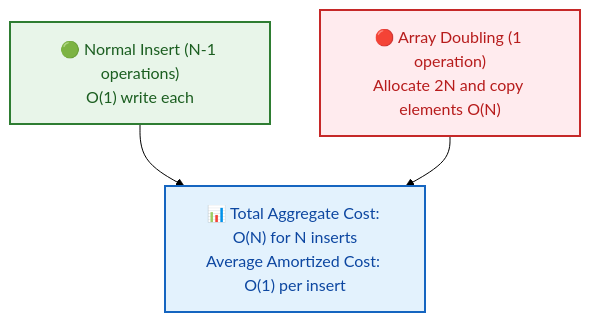
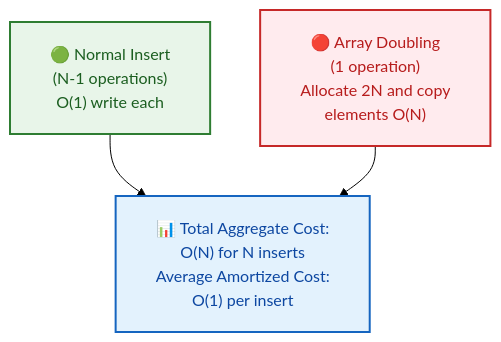
The first of 5 diagrams in week_02_foundations_ii_linear_data_structures/Week_02_Visual_Concepts_Playbook_HYBRID.md (dip4k/DSA_102), drawn with Mermaid (forest theme) before and after one commit. The commit also changed other lines of this file and 108 other files, not shown here.

First line of the commit message:
fix(mermaid): resolve diagram clipping, padding, and syntax issues across repo

````diff
--- a/week_02_foundations_ii_linear_data_structures/Week_02_Visual_Concepts_Playbook_HYBRID.md
+++ b/week_02_foundations_ii_linear_data_structures/Week_02_Visual_Concepts_Playbook_HYBRID.md
@@ -133,13 +133,14 @@
 ```mermaid
+%%{init: {"flowchart": {"htmlLabels": true, "padding": 20}}}%%
 flowchart TD
     classDef cheap fill:#e8f5e9,stroke:#2e7d32,stroke-width:2px,color:#1b5e20
     classDef resize fill:#ffebee,stroke:#c62828,stroke-width:2px,color:#b71c1c
     classDef total fill:#e3f2fd,stroke:#1565c0,stroke-width:2px,color:#0d47a1
 
-    N1["🟢 Normal Insert (N-1 operations)<br/>O(1) write each"]:::cheap
-    N2["🔴 Array Doubling (1 operation)<br/>Allocate 2N and copy elements O(N)"]:::resize
-    TOT["📊 Total Aggregate Cost: O(N) for N inserts<br/>Average Amortized Cost: O(1) per insert"]:::total
+    N1["🟢 Normal Insert<br/>(N-1 operations)<br/>O(1) write each"]:::cheap
+    N2["🔴 Array Doubling<br/>(1 operation)<br/>Allocate 2N and copy<br/>elements O(N)"]:::resize
+    TOT["📊 Total Aggregate Cost:<br/>O(N) for N inserts<br/>Average Amortized Cost:<br/>O(1) per insert"]:::total
 
     N1 --> TOT
     N2 --> TOT
 ```
````
